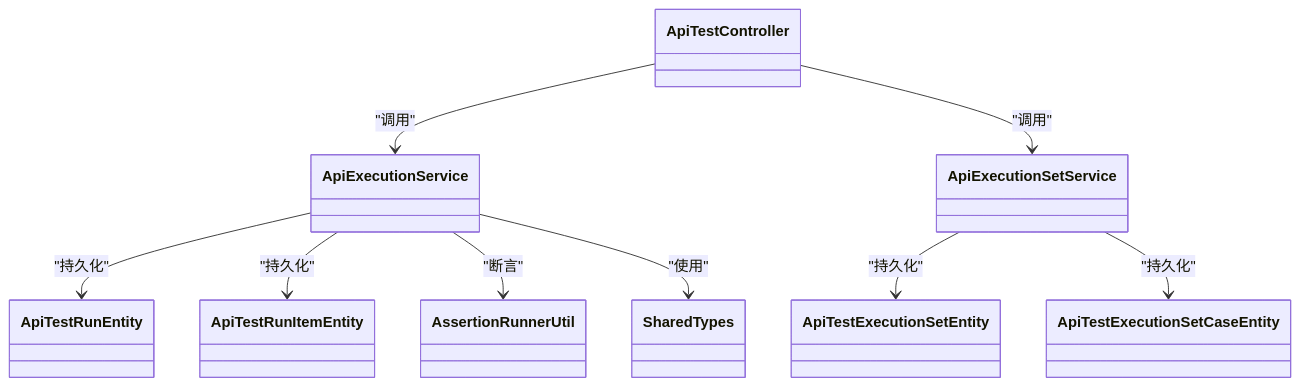
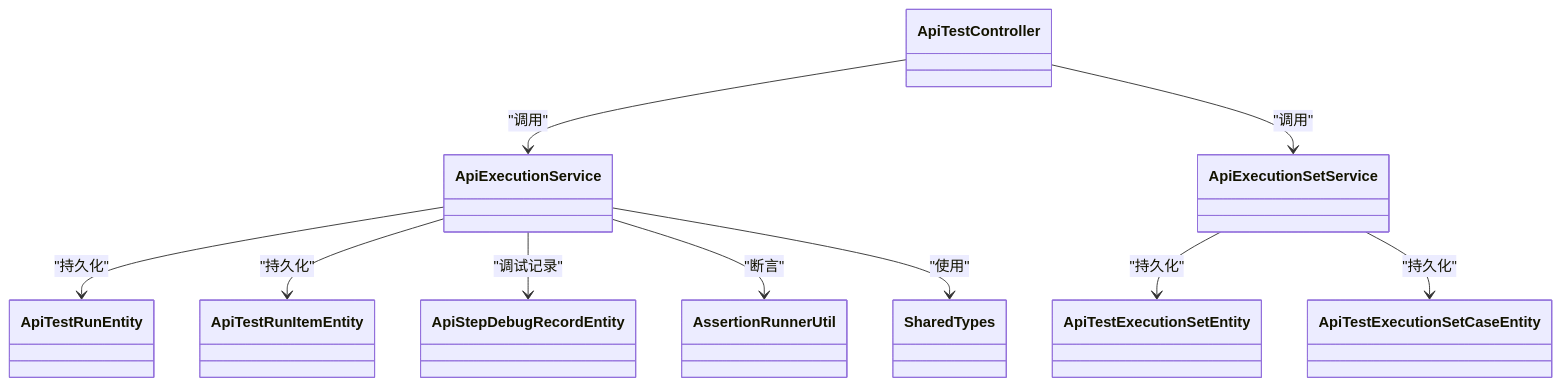
The sixth of 6 diagrams in .qoder/repowiki/zh/content/API 参考文档/API 测试 API/测试执行与运行.md (Lichhu/caseForge), drawn with Mermaid before and after one commit. The commit also changed other lines of this file and 8 other files, not shown here.

````diff
--- a/.qoder/repowiki/zh/content/API 参考文档/API 测试 API/测试执行与运行.md
+++ b/.qoder/repowiki/zh/content/API 参考文档/API 测试 API/测试执行与运行.md
@@ -313,20 +383,22 @@
 ```mermaid
 classDiagram
 class ApiTestController
 class ApiExecutionService
 class ApiExecutionSetService
 class ApiTestRunEntity
 class ApiTestRunItemEntity
 class ApiTestExecutionSetEntity
 class ApiTestExecutionSetCaseEntity
+class ApiStepDebugRecordEntity
 class AssertionRunnerUtil
 class SharedTypes
 ApiTestController --> ApiExecutionService : "调用"
 ApiTestController --> ApiExecutionSetService : "调用"
 ApiExecutionService --> ApiTestRunEntity : "持久化"
 ApiExecutionService --> ApiTestRunItemEntity : "持久化"
+ApiExecutionService --> ApiStepDebugRecordEntity : "调试记录"
 ApiExecutionSetService --> ApiTestExecutionSetEntity : "持久化"
 ApiExecutionSetService --> ApiTestExecutionSetCaseEntity : "持久化"
 ApiExecutionService --> AssertionRunnerUtil : "断言"
 ApiExecutionService --> SharedTypes : "使用"
 ```
````
